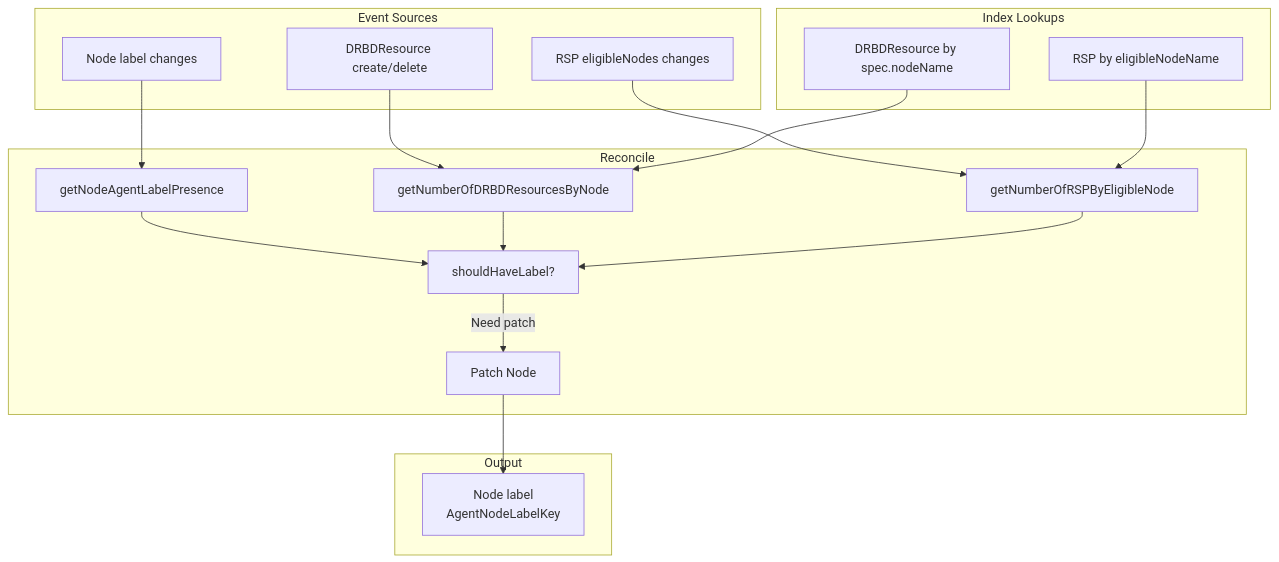
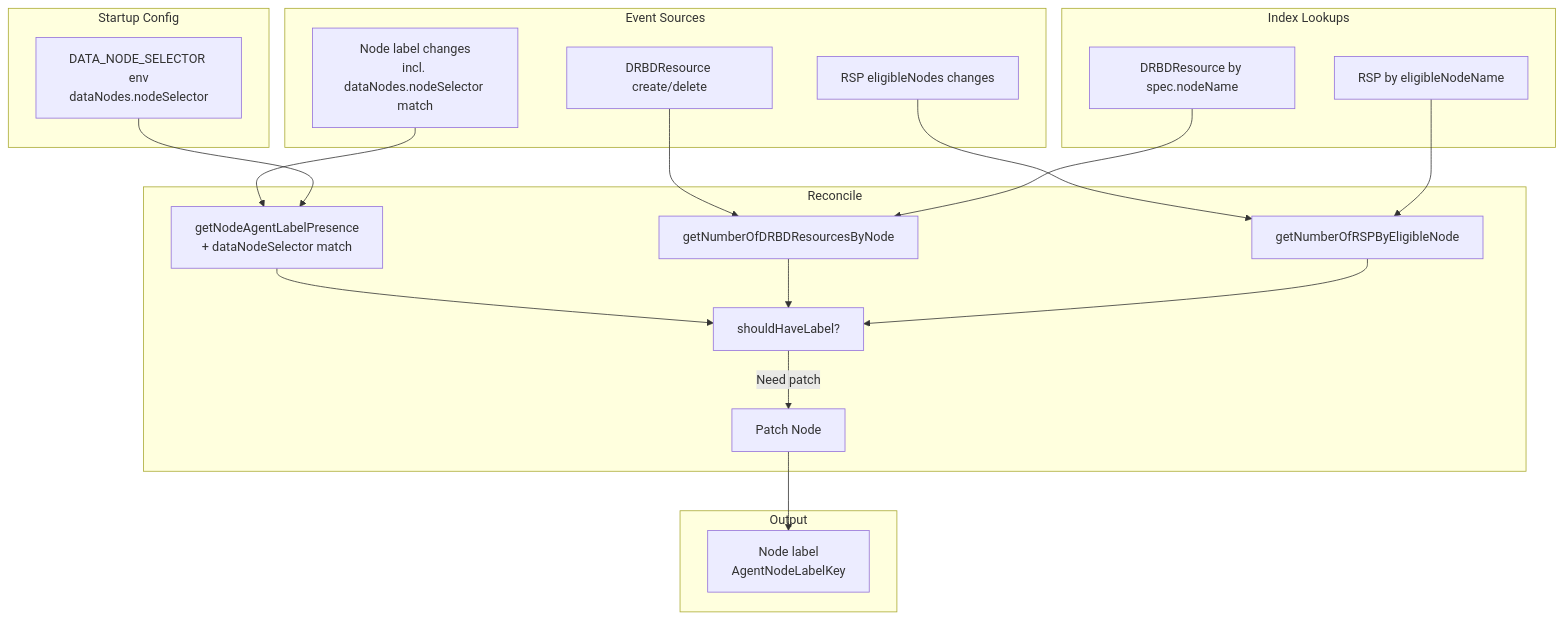
The second of 2 diagrams in images/controller/internal/controllers/node_controller/README.md (deckhouse/sds-replicated-volume), drawn with Mermaid before and after one commit. The commit also changed other lines of this file and 5 other files, not shown here.

First line of the commit message:
Merge branch 'fix/node-controller-data-node-selector' into 'main'

````diff
--- a/images/controller/internal/controllers/node_controller/README.md
+++ b/images/controller/internal/controllers/node_controller/README.md
@@ -94,39 +110,44 @@
 ```mermaid
 flowchart TD
     subgraph events [Event Sources]
-        NodeEvents[Node label changes]
+        NodeEvents[Node label changes<br>incl. dataNodes.nodeSelector match]
         RSPEvents[RSP eligibleNodes changes]
         DRBDEvents[DRBDResource create/delete]
+    end
+
+    subgraph config [Startup Config]
+        DataNodeSelector[DATA_NODE_SELECTOR env<br>dataNodes.nodeSelector]
     end
 
     subgraph indexes [Index Lookups]
         DRBDIndex[DRBDResource by spec.nodeName]
         RSPIndex[RSP by eligibleNodeName]
     end
 
     subgraph reconcile [Reconcile]
-        CheckLabel[getNodeAgentLabelPresence]
+        CheckLabel[getNodeAgentLabelPresence<br>+ dataNodeSelector match]
         CountDRBD[getNumberOfDRBDResourcesByNode]
         CountRSP[getNumberOfRSPByEligibleNode]
         Decision[shouldHaveLabel?]
         PatchNode[Patch Node]
     end
 
     subgraph output [Output]
         NodeLabel[Node label<br>AgentNodeLabelKey]
     end
 
     NodeEvents --> CheckLabel
     RSPEvents --> CountRSP
     DRBDEvents --> CountDRBD
 
+    DataNodeSelector --> CheckLabel
     DRBDIndex --> CountDRBD
     RSPIndex --> CountRSP
 
     CheckLabel --> Decision
     CountDRBD --> Decision
     CountRSP --> Decision
 
     Decision -->|Need patch| PatchNode
     PatchNode --> NodeLabel
 ```
````
